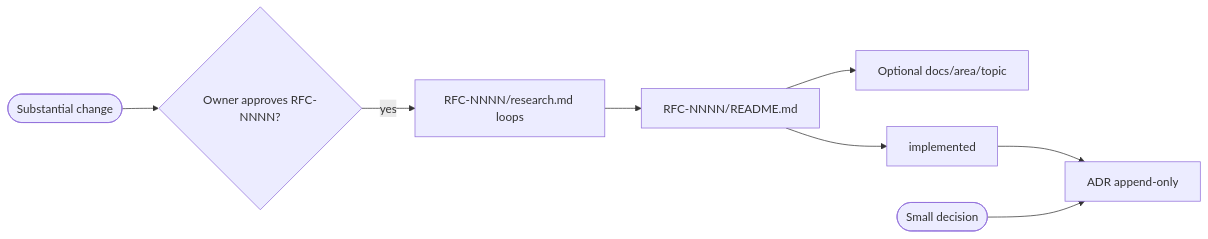
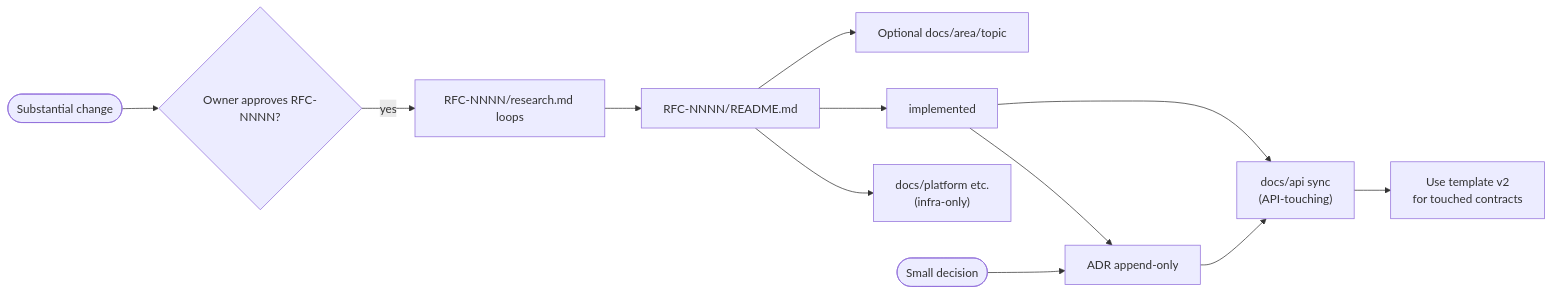
The diagram in docs/proposals/README.md (duynhlab/homelab), drawn with Mermaid before and after one commit. The commit also changed other lines of this file and 7 other files, not shown here.

````diff
--- a/docs/proposals/README.md
+++ b/docs/proposals/README.md
@@ -15,10 +15,14 @@
 ```mermaid
 flowchart LR
   Idea([Substantial change]) --> Ask{Owner approves RFC-NNNN?}
   Ask -->|yes| Res[RFC-NNNN/research.md loops]
   Res --> RFC[RFC-NNNN/README.md]
   RFC --> Docs[Optional docs/area/topic]
   RFC --> Impl[implemented]
+  Impl --> ApiSync["docs/api sync<br/>(API-touching)"]
   Impl --> ADR[ADR append-only]
+  ADR --> ApiSync
+  ApiSync --> V2["Use template v2<br/>for touched contracts"]
+  RFC --> PlatDocs["docs/platform etc.<br/>(infra-only)"]
   Small([Small decision]) --> ADR
 ```
````
